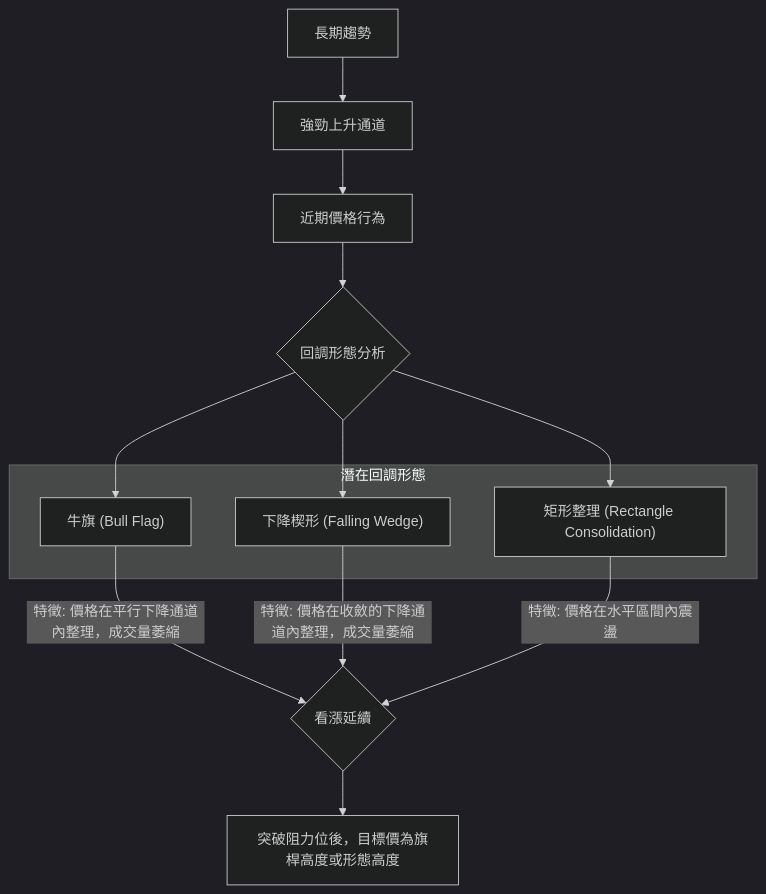
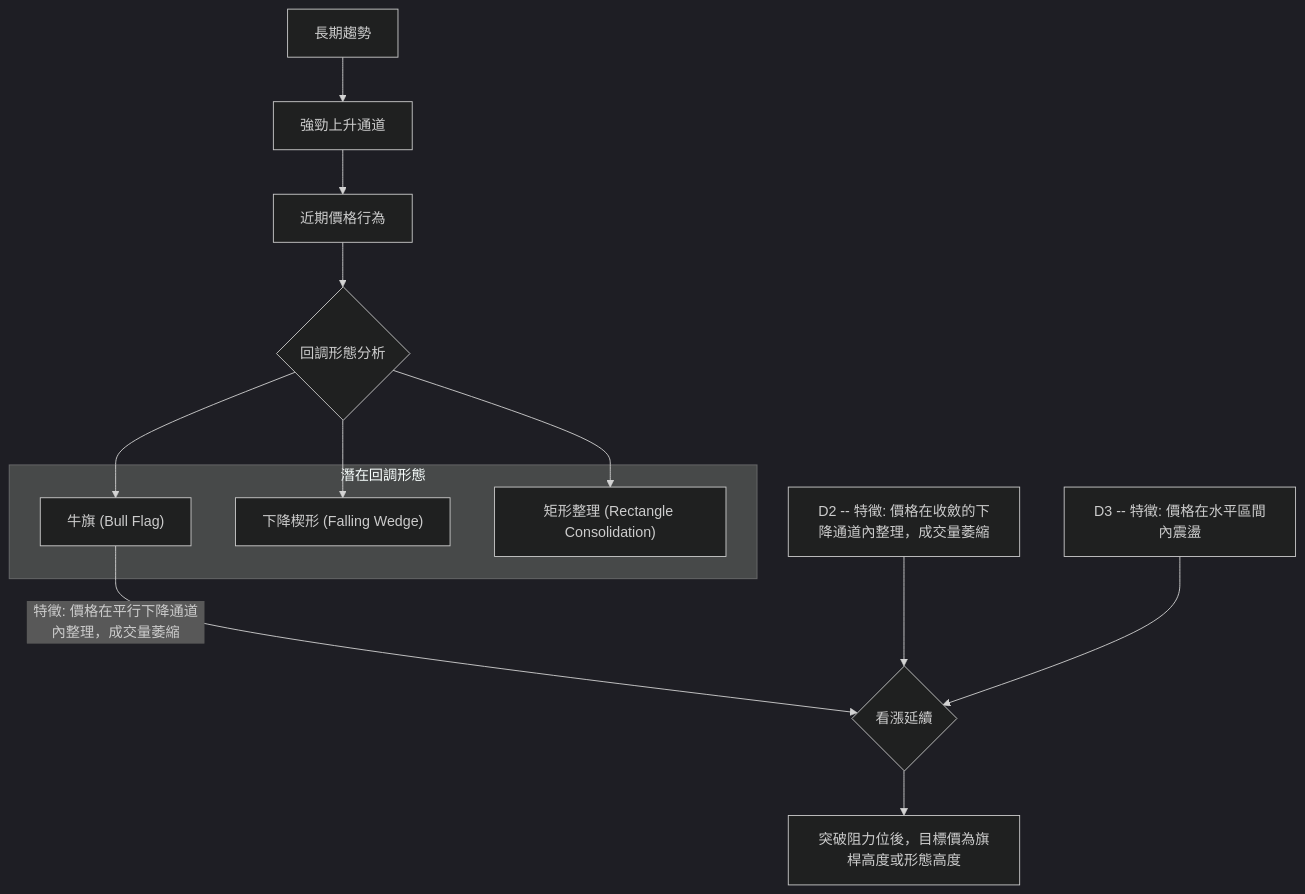
Before and after one commit to yennanliu/finance_data: the fifth of 11 diagrams in ai_gen_report/stock/intc/technical_analysis_2026-07-07_gemini.md, drawn with Mermaid (dark theme). The commit also changed other lines of this file and 2258 other files, not shown here.

First line of the commit message:
chore: backfill Mermaid syntax repair across existing reports

````diff
--- a/ai_gen_report/stock/intc/technical_analysis_2026-07-07_gemini.md
+++ b/ai_gen_report/stock/intc/technical_analysis_2026-07-07_gemini.md
@@ -273,22 +273,22 @@
 ```mermaid
 graph TD
-    A[長期趨勢] --> B[強勁上升通道]
-    B --> C[近期價格行為]
-    C --> D{回調形態分析}
+    A["長期趨勢"] --> B["強勁上升通道"]
+    B --> C["近期價格行為"]
+    C --> D{"回調形態分析"}
 
     subgraph 潛在回調形態
         D1["牛旗 (Bull Flag)"]
         D2["下降楔形 (Falling Wedge)"]
         D3["矩形整理 (Rectangle Consolidation)"]
     end
 
     D --> D1
     D --> D2
     D --> D3
 
-    D1 -- "特徵: 價格在平行下降通道內整理，成交量萎縮" --> E{看漲延續}
-    D2 -- "特徵: 價格在收斂的下降通道內整理，成交量萎縮" --> E
-    D3 -- "特徵: 價格在水平區間內震盪" --> E
+    D1 -- "特徵: 價格在平行下降通道內整理，成交量萎縮" --> E{"看漲延續"}
+    nb1["D2 -- "特徵: 價格在收斂的下降通道內整理，成交量萎縮""] --> E
+    nb2["D3 -- "特徵: 價格在水平區間內震盪""] --> E
 
-    E --> F[突破阻力位後，目標價為旗桿高度或形態高度]
+    E --> F["突破阻力位後，目標價為旗桿高度或形態高度"]
 ```
````
